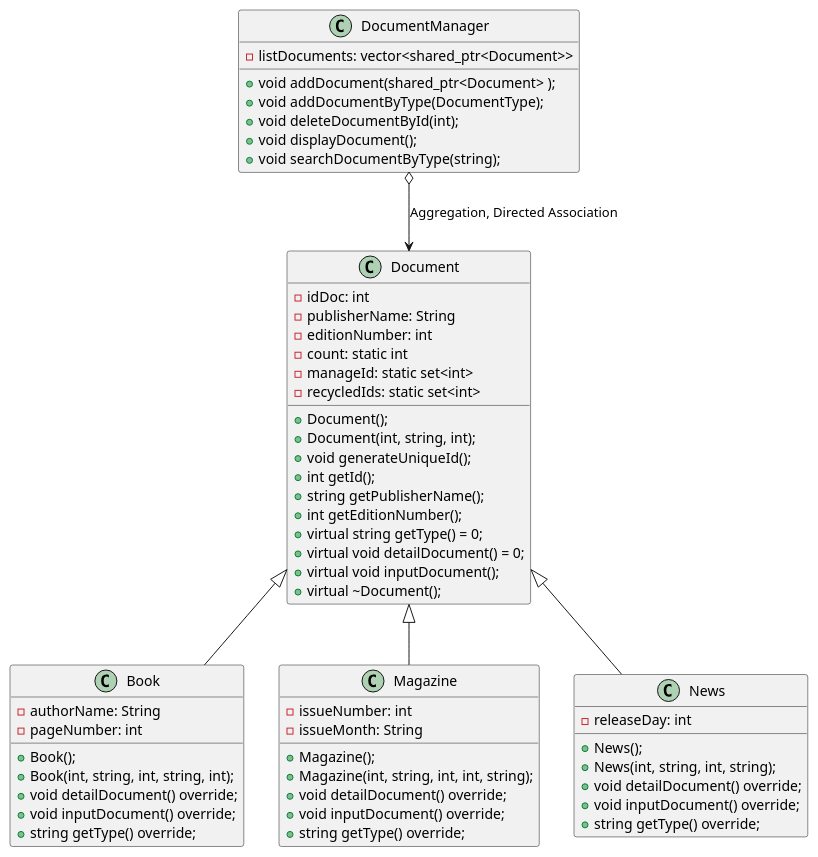
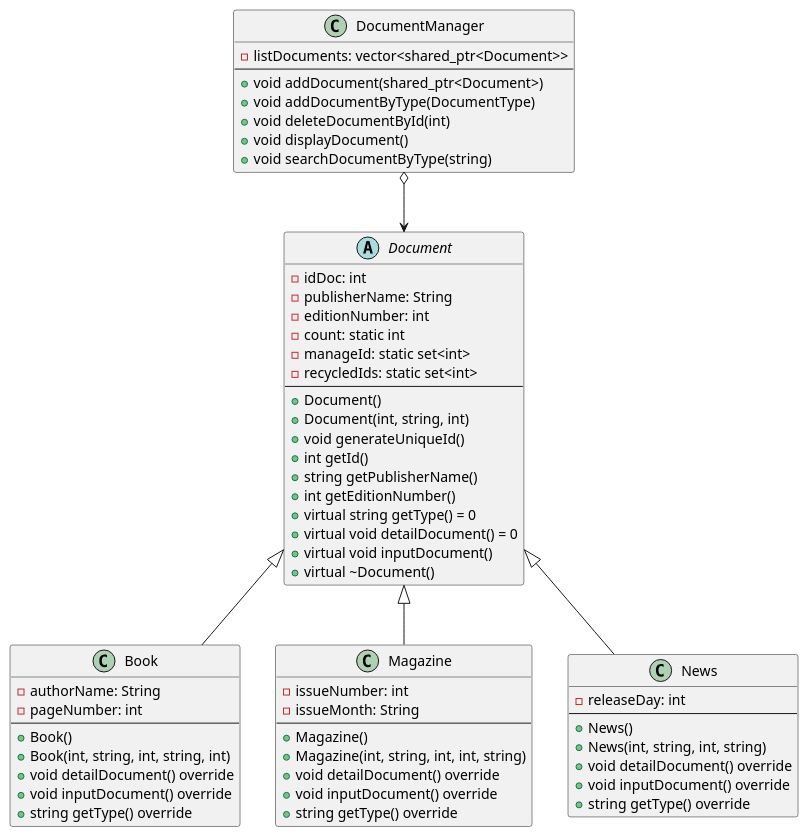
One commit to baobluebird/Basic-C-Cplusplus changed the diagram in .Assigment/OOP/ex2/diagram/diagram.wsd. Above: the diagram before and after it, drawn with PlantUML. The commit also changed 42 other files, not shown here.

```diff
--- a/.Assigment/OOP/ex2/diagram/diagram.wsd
+++ b/.Assigment/OOP/ex2/diagram/diagram.wsd
@@ -1,64 +1,70 @@
 @startuml
 
-class Document{
-  - idDoc: int
-  - publisherName: String
-  - editionNumber: int
-  - count: static int
-  - manageId: static set<int>
-  - recycledIds: static set<int>
-  + Document();
-  + Document(int, string, int);
-  + void generateUniqueId();
-  + int getId();
-  + string getPublisherName();
-  + int getEditionNumber();
-  + virtual string getType() = 0;
-  + virtual void detailDocument() = 0;
-  + virtual void inputDocument();
-  + virtual ~Document();
+abstract class Document {
+    - idDoc: int
+    - publisherName: String
+    - editionNumber: int
+    - count: static int
+    - manageId: static set<int>
+    - recycledIds: static set<int>
+    --
+    + Document()
+    + Document(int, string, int)
+    + void generateUniqueId()
+    + int getId()
+    + string getPublisherName()
+    + int getEditionNumber()
+    + virtual string getType() = 0
+    + virtual void detailDocument() = 0
+    + virtual void inputDocument()
+    + virtual ~Document()
 }
 
-class Book{
-  - authorName: String
-  - pageNumber: int
-  + Book();
-  + Book(int, string, int, string, int);
-  + void detailDocument() override;
-  + void inputDocument() override;
-  + string getType() override;
+class Book {
+    - authorName: String
+    - pageNumber: int
+    --
+    + Book()
+    + Book(int, string, int, string, int)
+    + void detailDocument() override
+    + void inputDocument() override
+    + string getType() override
 }
 
-class Magazine{
-  - issueNumber: int
-  - issueMonth: String
-  + Magazine();
-  + Magazine(int, string, int, int, string);
-  + void detailDocument() override;
-  + void inputDocument() override;
-  + string getType() override;
+class Magazine {
+    - issueNumber: int
+    - issueMonth: String
+    --
+    + Magazine()
+    + Magazine(int, string, int, int, string)
+    + void detailDocument() override
+    + void inputDocument() override
+    + string getType() override
 }
 
-class News{
-  - releaseDay: int
-  + News();
-  + News(int, string, int, string);
-  + void detailDocument() override;
-  + void inputDocument() override;
-  + string getType() override;
+class News {
+    - releaseDay: int
+    --
+    + News()
+    + News(int, string, int, string)
+    + void detailDocument() override
+    + void inputDocument() override
+    + string getType() override
 }
 
 class DocumentManager {
-  - listDocuments: vector<shared_ptr<Document>>
-  + void addDocument(shared_ptr<Document> );
-  + void addDocumentByType(DocumentType);
-  + void deleteDocumentById(int);
-  + void displayDocument();
-  + void searchDocumentByType(string);
+    - listDocuments: vector<shared_ptr<Document>>
+    --
+    + void addDocument(shared_ptr<Document>)
+    + void addDocumentByType(DocumentType)
+    + void deleteDocumentById(int)
+    + void displayDocument()
+    + void searchDocumentByType(string)
 }
 
 Document <|-- Book
 Document <|-- Magazine
 Document <|-- News
-DocumentManager o--> Document : Aggregation, Directed Association
+DocumentManager o--> Document
+
 @enduml
```
